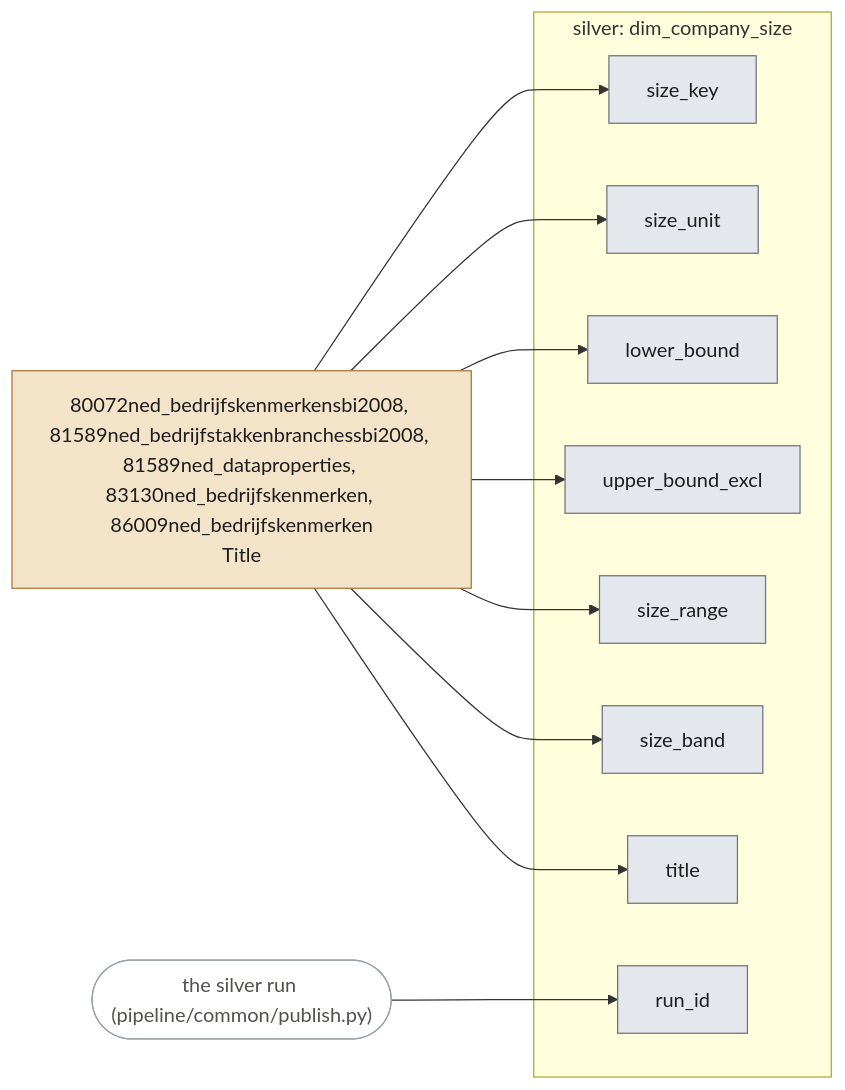
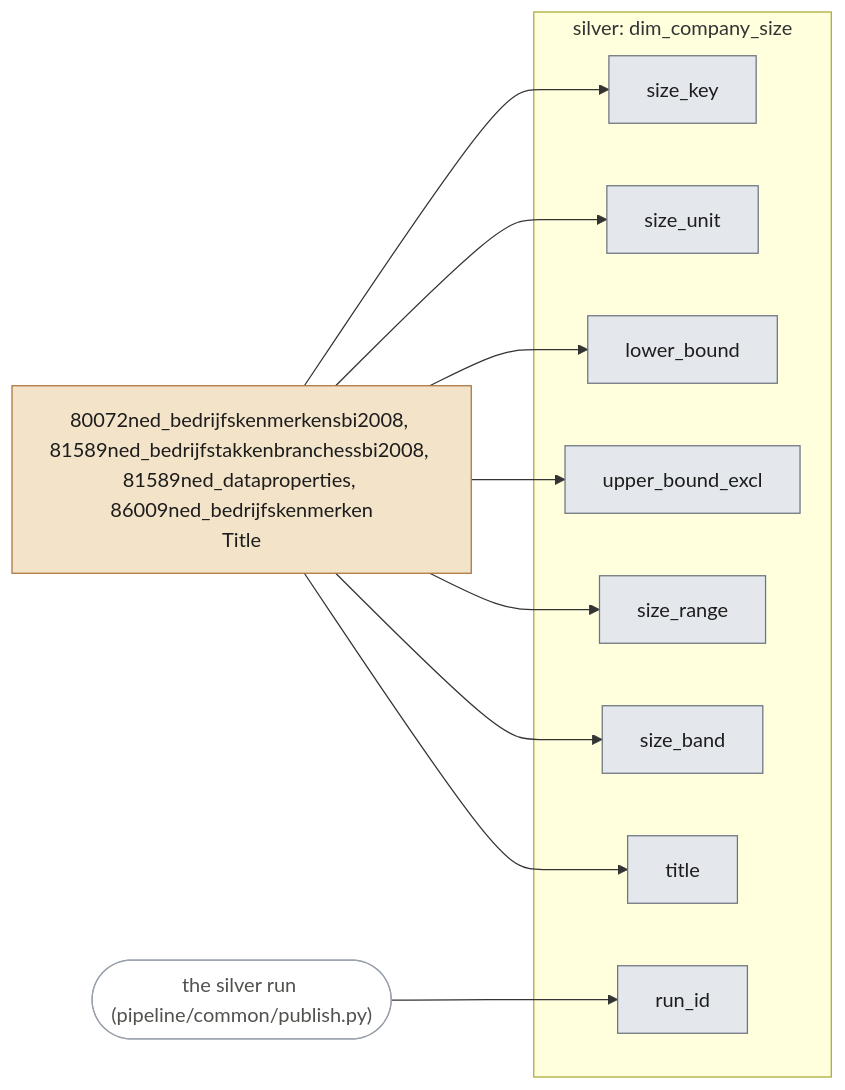
One commit to stefancodecommit/AOV_Lakehouse changed the fourth of 18 diagrams in docs/lineage.md. Above: the diagram before and after it, drawn with Mermaid. The commit also changed other lines of this file and 20 other files, not shown here.

````diff
--- a/docs/lineage.md
+++ b/docs/lineage.md
@@ -226,28 +219,28 @@
 ```mermaid
 flowchart LR
-  n_src_80072ned_bedrijfskenmerkensbi2008_81589ned_bedrijfstakkenbranchessbi2008_81589ned_dataproperties_83130ned_bedrijfskenmerken_86009ned_bedrijfskenmerken_Title["80072ned_bedrijfskenmerkensbi2008, 81589ned_bedrijfstakkenbranchessbi2008, 81589ned_dataproperties, 83130ned_bedrijfskenmerken, 86009ned_bedrijfskenmerken<br/>Title"]:::bronze
+  n_src_80072ned_bedrijfskenmerkensbi2008_81589ned_bedrijfstakkenbranchessbi2008_81589ned_dataproperties_86009ned_bedrijfskenmerken_Title["80072ned_bedrijfskenmerkensbi2008, 81589ned_bedrijfstakkenbranchessbi2008, 81589ned_dataproperties, 86009ned_bedrijfskenmerken<br/>Title"]:::bronze
   run(["the silver run (pipeline/common/publish.py)"]):::run
   subgraph n_tbl_dim_company_size["silver: dim_company_size"]
     n_col_size_key["size_key"]:::silver
     n_col_size_unit["size_unit"]:::silver
     n_col_lower_bound["lower_bound"]:::silver
     n_col_upper_bound_excl["upper_bound_excl"]:::silver
     n_col_size_range["size_range"]:::silver
     n_col_size_band["size_band"]:::silver
     n_col_title["title"]:::silver
     n_col_run_id["run_id"]:::silver
   end
-  n_src_80072ned_bedrijfskenmerkensbi2008_81589ned_bedrijfstakkenbranchessbi2008_81589ned_dataproperties_83130ned_bedrijfskenmerken_86009ned_bedrijfskenmerken_Title --> n_col_size_key
-  n_src_80072ned_bedrijfskenmerkensbi2008_81589ned_bedrijfstakkenbranchessbi2008_81589ned_dataproperties_83130ned_bedrijfskenmerken_86009ned_bedrijfskenmerken_Title --> n_col_size_unit
-  n_src_80072ned_bedrijfskenmerkensbi2008_81589ned_bedrijfstakkenbranchessbi2008_81589ned_dataproperties_83130ned_bedrijfskenmerken_86009ned_bedrijfskenmerken_Title --> n_col_lower_bound
-  n_src_80072ned_bedrijfskenmerkensbi2008_81589ned_bedrijfstakkenbranchessbi2008_81589ned_dataproperties_83130ned_bedrijfskenmerken_86009ned_bedrijfskenmerken_Title --> n_col_upper_bound_excl
-  n_src_80072ned_bedrijfskenmerkensbi2008_81589ned_bedrijfstakkenbranchessbi2008_81589ned_dataproperties_83130ned_bedrijfskenmerken_86009ned_bedrijfskenmerken_Title --> n_col_size_range
-  n_src_80072ned_bedrijfskenmerkensbi2008_81589ned_bedrijfstakkenbranchessbi2008_81589ned_dataproperties_83130ned_bedrijfskenmerken_86009ned_bedrijfskenmerken_Title --> n_col_size_band
-  n_src_80072ned_bedrijfskenmerkensbi2008_81589ned_bedrijfstakkenbranchessbi2008_81589ned_dataproperties_83130ned_bedrijfskenmerken_86009ned_bedrijfskenmerken_Title --> n_col_title
+  n_src_80072ned_bedrijfskenmerkensbi2008_81589ned_bedrijfstakkenbranchessbi2008_81589ned_dataproperties_86009ned_bedrijfskenmerken_Title --> n_col_size_key
+  n_src_80072ned_bedrijfskenmerkensbi2008_81589ned_bedrijfstakkenbranchessbi2008_81589ned_dataproperties_86009ned_bedrijfskenmerken_Title --> n_col_size_unit
+  n_src_80072ned_bedrijfskenmerkensbi2008_81589ned_bedrijfstakkenbranchessbi2008_81589ned_dataproperties_86009ned_bedrijfskenmerken_Title --> n_col_lower_bound
+  n_src_80072ned_bedrijfskenmerkensbi2008_81589ned_bedrijfstakkenbranchessbi2008_81589ned_dataproperties_86009ned_bedrijfskenmerken_Title --> n_col_upper_bound_excl
+  n_src_80072ned_bedrijfskenmerkensbi2008_81589ned_bedrijfstakkenbranchessbi2008_81589ned_dataproperties_86009ned_bedrijfskenmerken_Title --> n_col_size_range
+  n_src_80072ned_bedrijfskenmerkensbi2008_81589ned_bedrijfstakkenbranchessbi2008_81589ned_dataproperties_86009ned_bedrijfskenmerken_Title --> n_col_size_band
+  n_src_80072ned_bedrijfskenmerkensbi2008_81589ned_bedrijfstakkenbranchessbi2008_81589ned_dataproperties_86009ned_bedrijfskenmerken_Title --> n_col_title
   run --> n_col_run_id
   classDef bronze fill:#f3e3c9,stroke:#a8743a,color:#1d1d1d
   classDef silver fill:#e4e7ec,stroke:#6b7480,color:#1d1d1d
   classDef gold fill:#f6ecb8,stroke:#9c7f12,color:#1d1d1d
   classDef silverref fill:#f2f3f5,stroke:#9aa1ab,stroke-dasharray:4 3,color:#1d1d1d
   classDef run fill:#ffffff,stroke:#9aa1ab,color:#52514e
 ```
````
